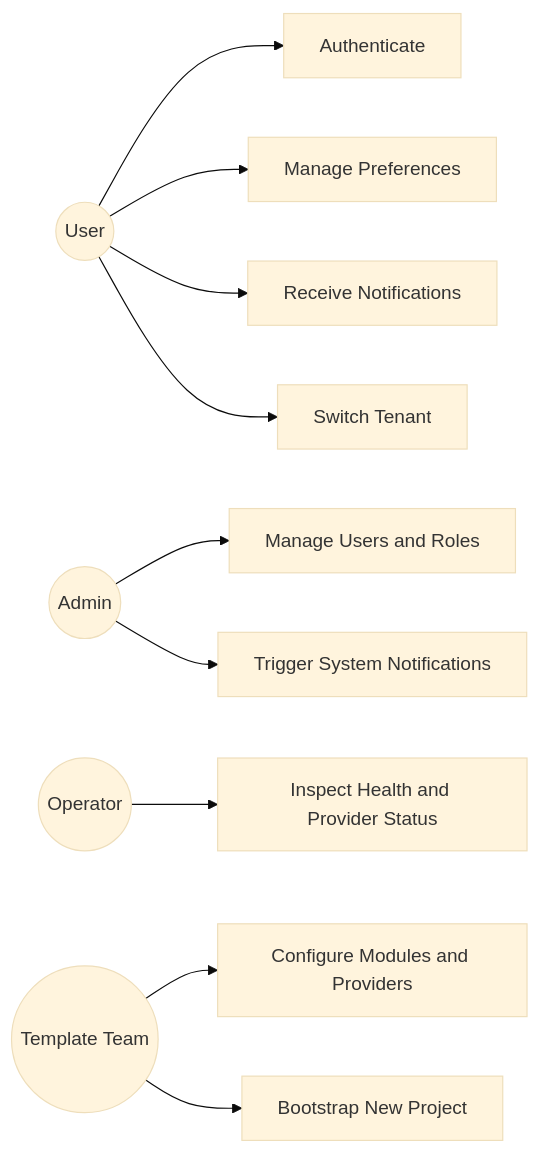
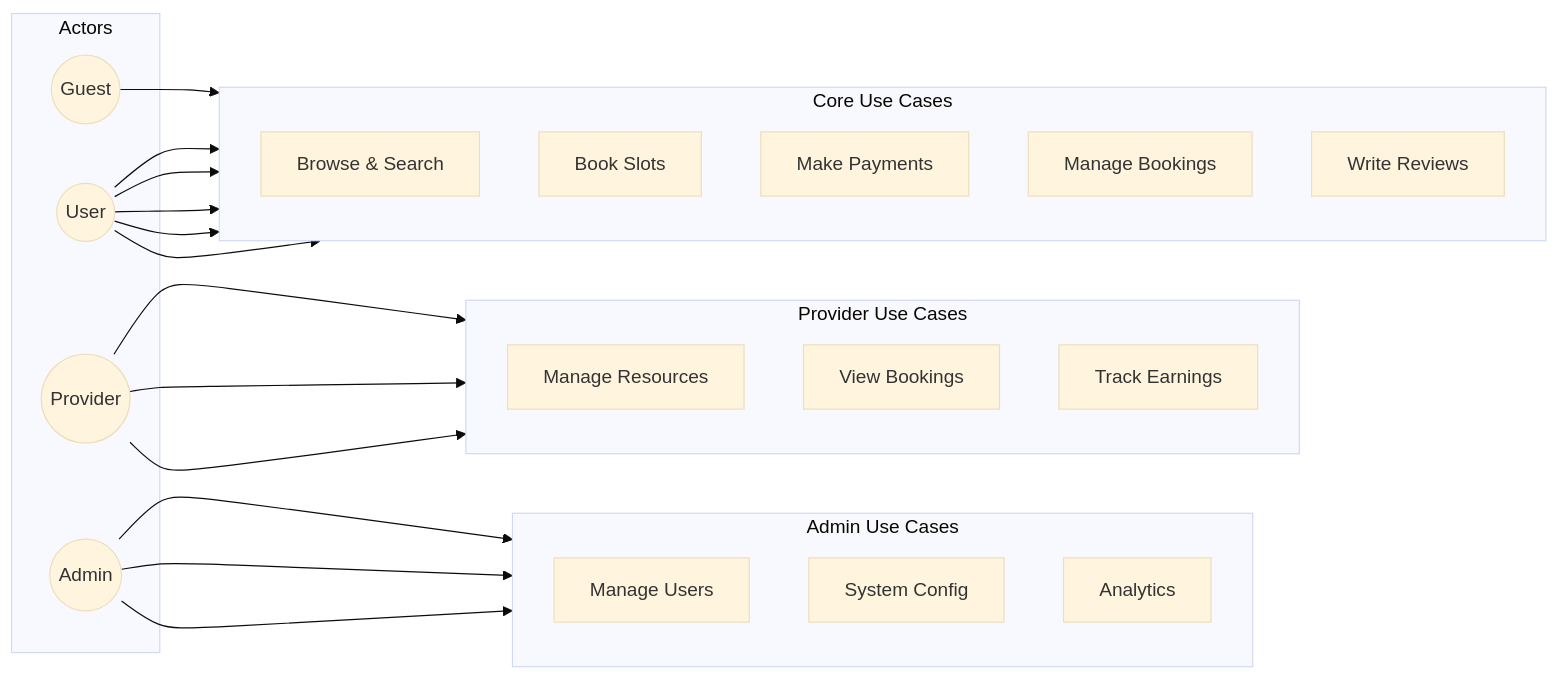
Before and after one commit to 0Ankit0/slot-booking: the second of 3 diagrams in docs/analysis/use-case-diagram.md, drawn with Mermaid (base theme). The commit also changed other lines of this file and 36 other files, not shown here.

````diff
--- a/docs/analysis/use-case-diagram.md
+++ b/docs/analysis/use-case-diagram.md
@@ -3,17 +143,47 @@
 ```mermaid
 flowchart LR
-  User((User))
-  Admin((Admin))
-  Operator((Operator))
-  TemplateTeam((Template Team))
-
-  User --> UC1[Authenticate]
-  User --> UC2[Manage Preferences]
-  User --> UC3[Receive Notifications]
-  User --> UC4[Switch Tenant]
-  Admin --> UC5[Manage Users and Roles]
-  Admin --> UC6[Trigger System Notifications]
-  Operator --> UC7[Inspect Health and Provider Status]
-  TemplateTeam --> UC8[Configure Modules and Providers]
-  TemplateTeam --> UC9[Bootstrap New Project]
+    subgraph Actors
+        G((Guest))
+        U((User))
+        P((Provider))
+        A((Admin))
+    end
+    
+    subgraph "Core Use Cases"
+        direction TB
+        Browse[Browse & Search]
+        Book[Book Slots]
+        Pay[Make Payments]
+        Manage[Manage Bookings]
+        Review[Write Reviews]
+    end
+    
+    subgraph "Provider Use Cases"
+        direction TB
+        AddRes[Manage Resources]
+        ViewBook[View Bookings]
+        Earn[Track Earnings]
+    end
+    
+    subgraph "Admin Use Cases"
+        direction TB
+        Users[Manage Users]
+        Config[System Config]
+        Reports[Analytics]
+    end
+    
+    G --> Browse
+    U --> Browse
+    U --> Book
+    U --> Pay
+    U --> Manage
+    U --> Review
+    
+    P --> AddRes
+    P --> ViewBook
+    P --> Earn
+    
+    A --> Users
+    A --> Config
+    A --> Reports
 ```
````
